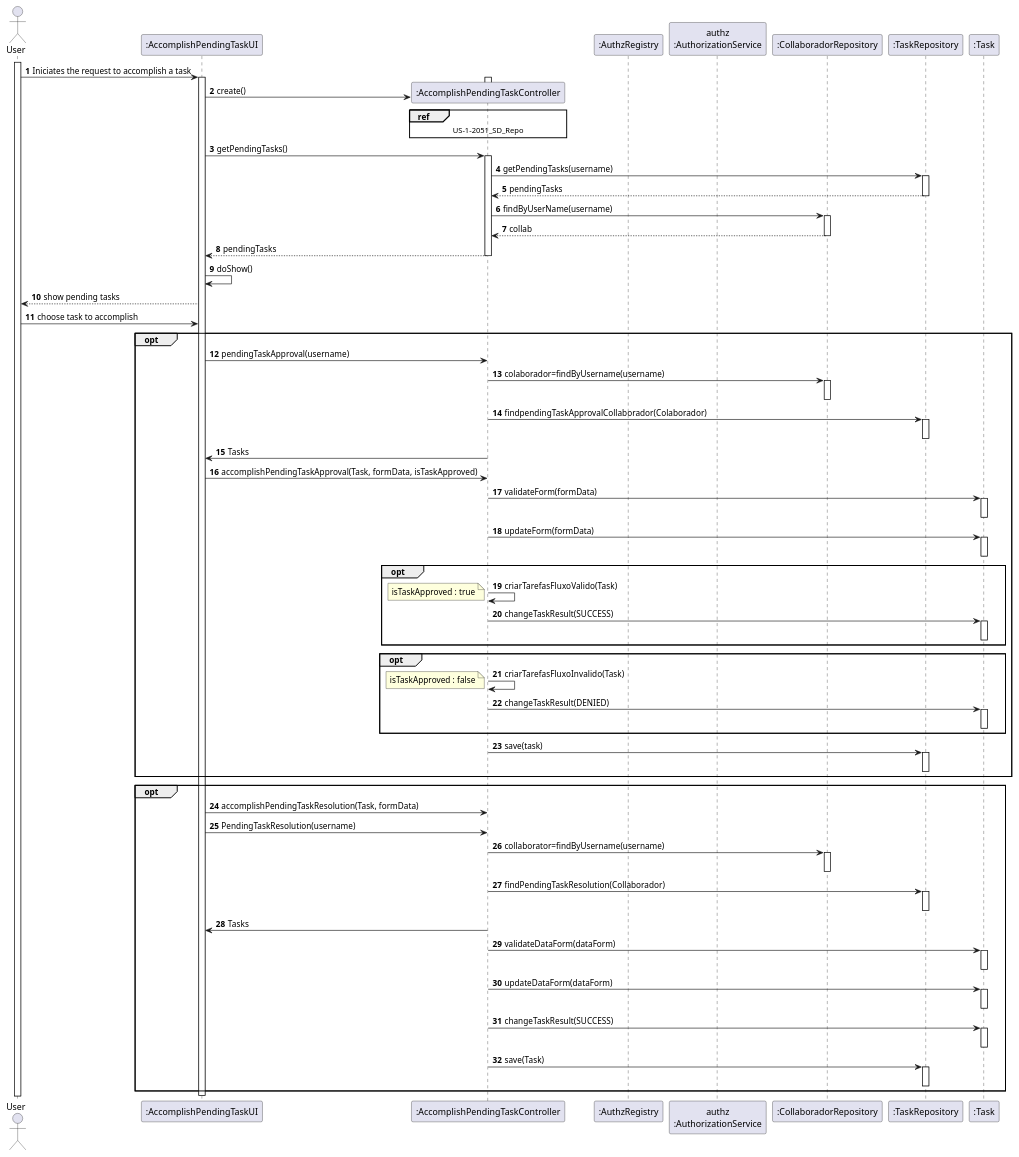
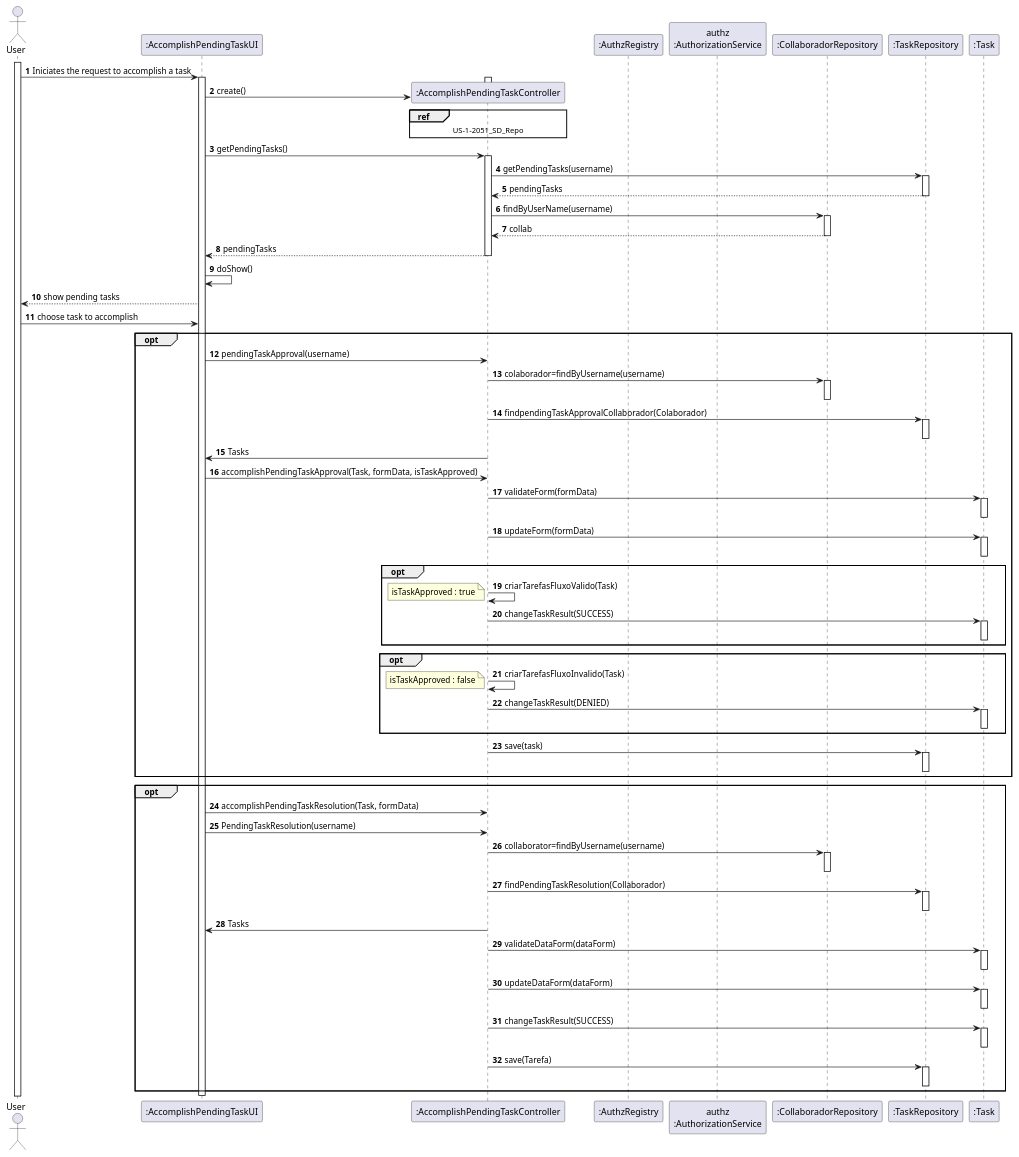
Before and after one commit to tiagoavcosta25/LAPR4: the diagram in doc/engenharia/SprintC/1190424/_US1-3022_TaskRealization/US-2-3022_SD_.puml, drawn with PlantUML. The commit also changed 3 other files, not shown here.

```diff
--- a/doc/engenharia/SprintC/1190424/_US1-3022_TaskRealization/US-2-3022_SD_.puml
+++ b/doc/engenharia/SprintC/1190424/_US1-3022_TaskRealization/US-2-3022_SD_.puml
@@ -1,110 +1,110 @@
 @startuml
 autonumber
 
  actor "User" as U
 participant ":AccomplishPendingTaskUI" as UI
 participant ":AccomplishPendingTaskController" as CTRL
 participant ":AuthzRegistry" as AR
 participant "authz\n:AuthorizationService" as AS
 participant ":CollaboradorRepository" as CR
 participant ":TaskRepository" as TR
 participant ":Task" as T
 
 activate U
 U-> UI : Iniciates the request to accomplish a task
 activate UI
 activate CTRL
          UI-> CTRL** : create()
          ref over CTRL
          US-1-2051_SD_Repo
          end ref
          deactivate CTRL
 
 
 
            deactivate CTRL
 
                   UI-> CTRL : getPendingTasks()
                   activate CTRL
 
                   CTRL-> TR : getPendingTasks(username)
                   activate TR
 
                   TR--> CTRL : pendingTasks
                   deactivate TR
 
                   CTRL-> CR : findByUserName(username)
                   activate CR
                   CR--> CTRL : collab
                   deactivate CR
 
                   CTRL--> UI : pendingTasks
                   deactivate CTRL
 
 
 
 
 UI -> UI : doShow()
 UI --> U: show pending tasks
 U-> UI : choose task to accomplish
 opt
 UI -> CTRL : pendingTaskApproval(username)
 CTRL -> CR : colaborador=findByUsername(username)
 activate CR
 deactivate CR
 CTRL -> TR : findpendingTaskApprovalCollaborador(Colaborador)
 activate TR
 deactivate TR
 CTRL -> UI : Tasks
 UI -> CTRL : accomplishPendingTaskApproval(Task, formData, isTaskApproved)
 CTRL -> T : validateForm(formData)
 activate T
 deactivate T
 CTRL -> T : updateForm(formData)
 activate T
 deactivate T
 opt
 CTRL -> CTRL : criarTarefasFluxoValido(Task)
 note left : isTaskApproved : true
 CTRL -> T : changeTaskResult(SUCCESS)
 activate T
 deactivate T
 end opt
 opt
 CTRL -> CTRL : criarTarefasFluxoInvalido(Task)
 note left : isTaskApproved : false
 CTRL -> T : changeTaskResult(DENIED)
 activate T
 deactivate T
 end opt
 CTRL -> TR : save(task)
 activate TR
 deactivate TR
 end opt
 opt
 UI -> CTRL : accomplishPendingTaskResolution(Task, formData)
 UI -> CTRL : PendingTaskResolution(username)
 CTRL -> CR : collaborator=findByUsername(username)
 activate CR
 deactivate CR
 CTRL -> TR : findPendingTaskResolution(Collaborador)
 activate TR
 deactivate TR
 CTRL -> UI : Tasks
 CTRL -> T : validateDataForm(dataForm)
 activate T
 deactivate T
 CTRL -> T : updateDataForm(dataForm)
 activate T
 deactivate T
 CTRL -> T : changeTaskResult(SUCCESS)
 activate T
 deactivate T
-CTRL -> TR : save(Task)
+CTRL -> TR : save(Tarefa)
 activate TR
 deactivate TR
 end opt
 deactivate CTRL
 deactivate UI
 
 @enduml
```
